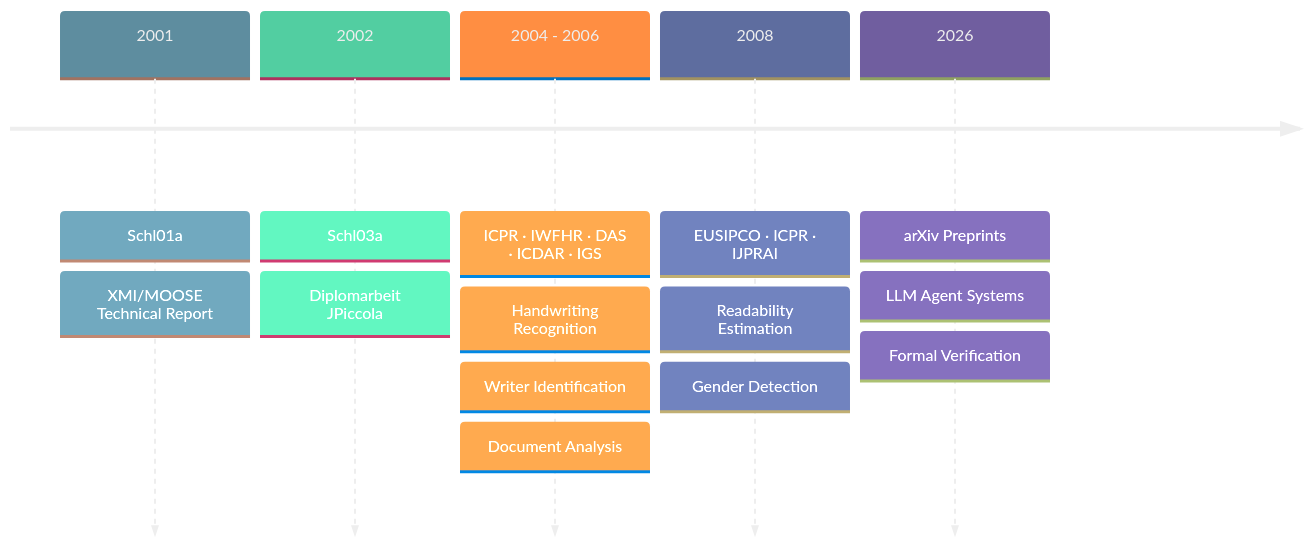
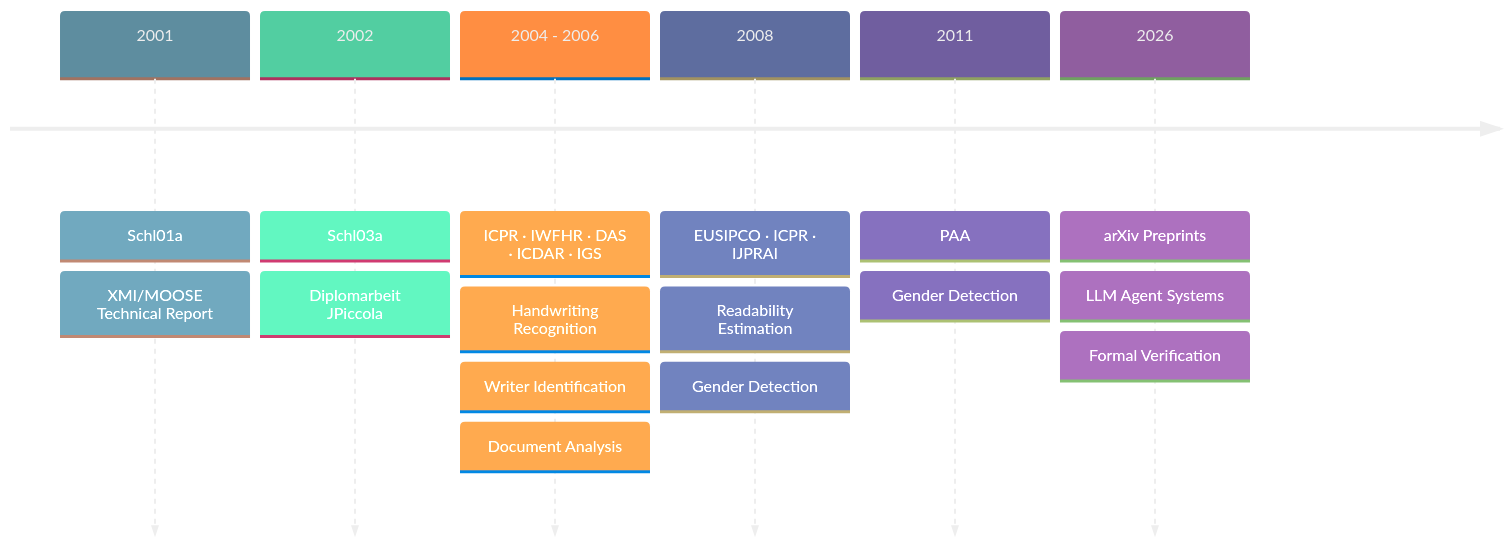
The second of 2 diagrams in README.md (schlpbch/publications), drawn with Mermaid before and after one commit. The commit also changed other lines of this file, not shown here.

````diff
--- a/README.md
+++ b/README.md
@@ -105,19 +109,21 @@
 ```mermaid
 %%{init: {'theme': 'base', 'themeVariables': {'primaryColor': '#aec6cf', 'primaryTextColor': '#eee', 'primaryBorderColor': '#eee', 'lineColor': '#999999', 'secondaryColor': '#b5ead7', 'tertiaryColor': '#ffdac1'}}}%%
 timeline
 
     2001        : Schl01a
                 : XMI/MOOSE Technical Report
     2002        : Schl03a
                 : Diplomarbeit JPiccola
     2004 - 2006 : ICPR · IWFHR · DAS · ICDAR · IGS
                 : Handwriting Recognition
                 : Writer Identification
                 : Document Analysis
     2008        : EUSIPCO · ICPR · IJPRAI
                 : Readability Estimation
                 : Gender Detection
+    2011        : PAA
+                : Gender Detection
     2026        : arXiv Preprints
                 : LLM Agent Systems
                 : Formal Verification
 ```
````
